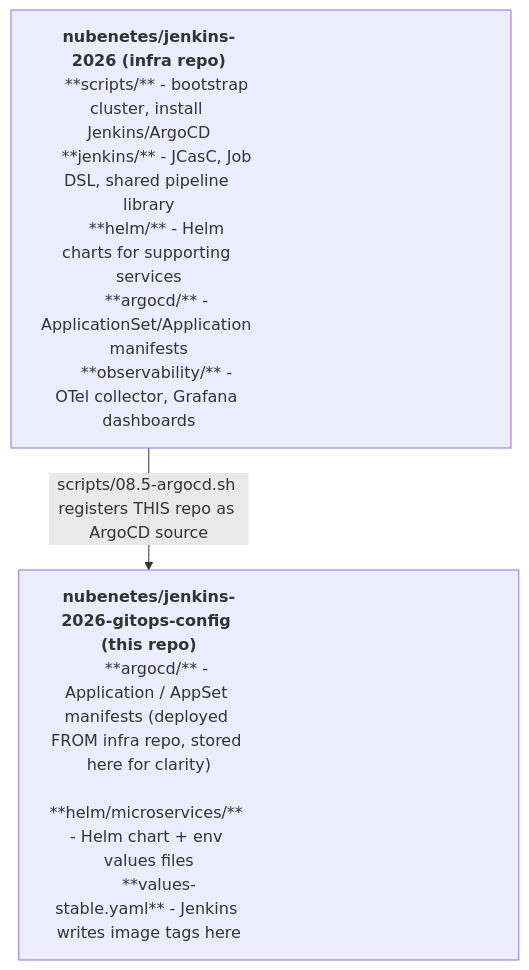
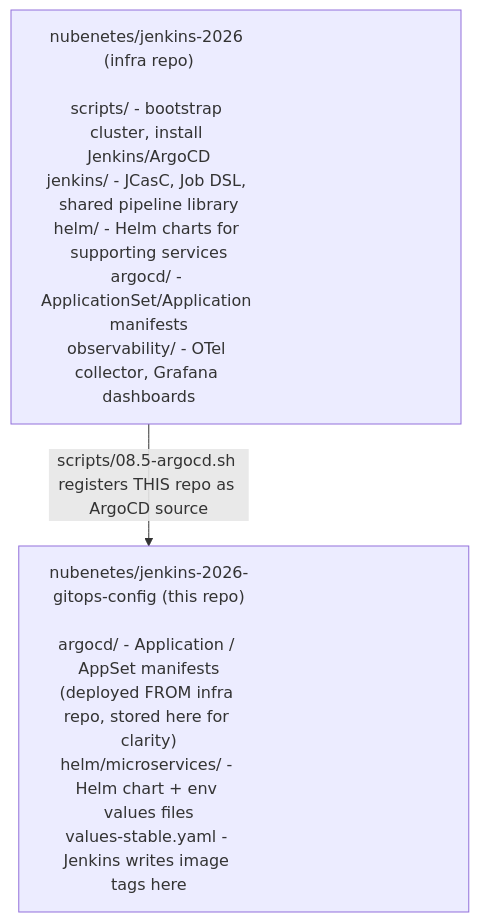
Before and after one commit to nubenetes/jenkins-2026-gitops-config: the first of 2 diagrams in README.md, drawn with Mermaid.

Commit message:
docs: revert to standard HTML-based nodes with explicit CSS widths

````diff
--- a/README.md
+++ b/README.md
@@ -11,21 +11,11 @@
 ```mermaid
 flowchart TD
-    infra["`**nubenetes/jenkins-2026 (infra repo)**
+    infra["nubenetes/jenkins-2026 (infra repo)<br/><br/>scripts/ - bootstrap cluster, install Jenkins/ArgoCD<br/>jenkins/ - JCasC, Job DSL, shared pipeline library<br/>helm/ - Helm charts for supporting services<br/>argocd/ - ApplicationSet/Application manifests<br/>observability/ - OTel collector, Grafana dashboards"]
 
-    **scripts/** - bootstrap cluster, install Jenkins/ArgoCD
-    **jenkins/** - JCasC, Job DSL, shared pipeline library
-    **helm/** - Helm charts for supporting services
-    **argocd/** - ApplicationSet/Application manifests
-    **observability/** - OTel collector, Grafana dashboards`"]
-
-    gitops["`**nubenetes/jenkins-2026-gitops-config (this repo)**
-
-    **argocd/** - Application / AppSet manifests (deployed FROM infra repo, stored here for clarity)
-    **helm/microservices/** - Helm chart + env values files
-    **values-stable.yaml** - Jenkins writes image tags here`"]
+    gitops["nubenetes/jenkins-2026-gitops-config (this repo)<br/><br/>argocd/ - Application / AppSet manifests<br/>(deployed FROM infra repo, stored here for clarity)<br/>helm/microservices/ - Helm chart + env values files<br/>values-stable.yaml - Jenkins writes image tags here"]
 
     infra -->|scripts/08.5-argocd.sh registers THIS repo as ArgoCD source| gitops
 
-    style infra width:500px
-    style gitops width:500px
+    style infra width:450px
+    style gitops width:450px
 ```
````
